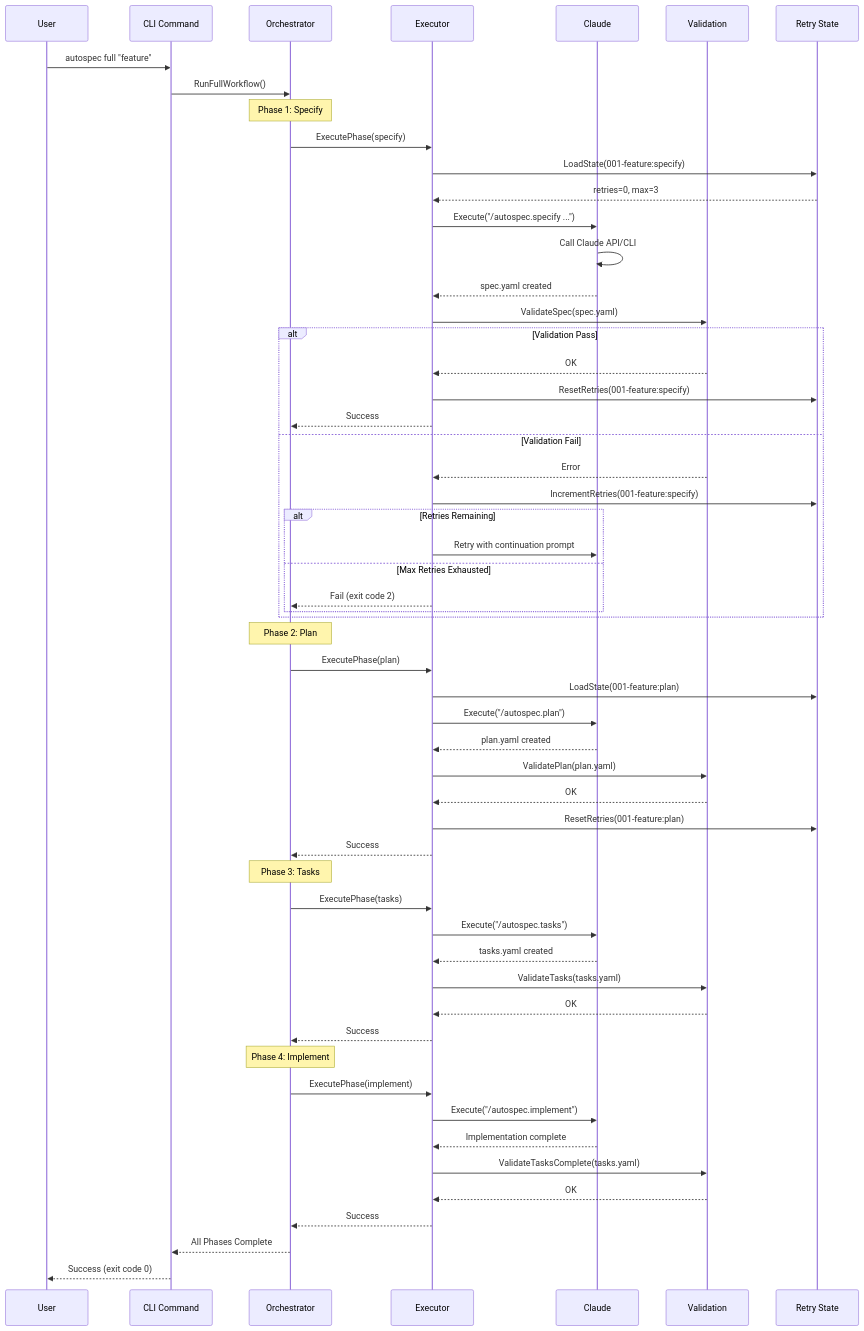
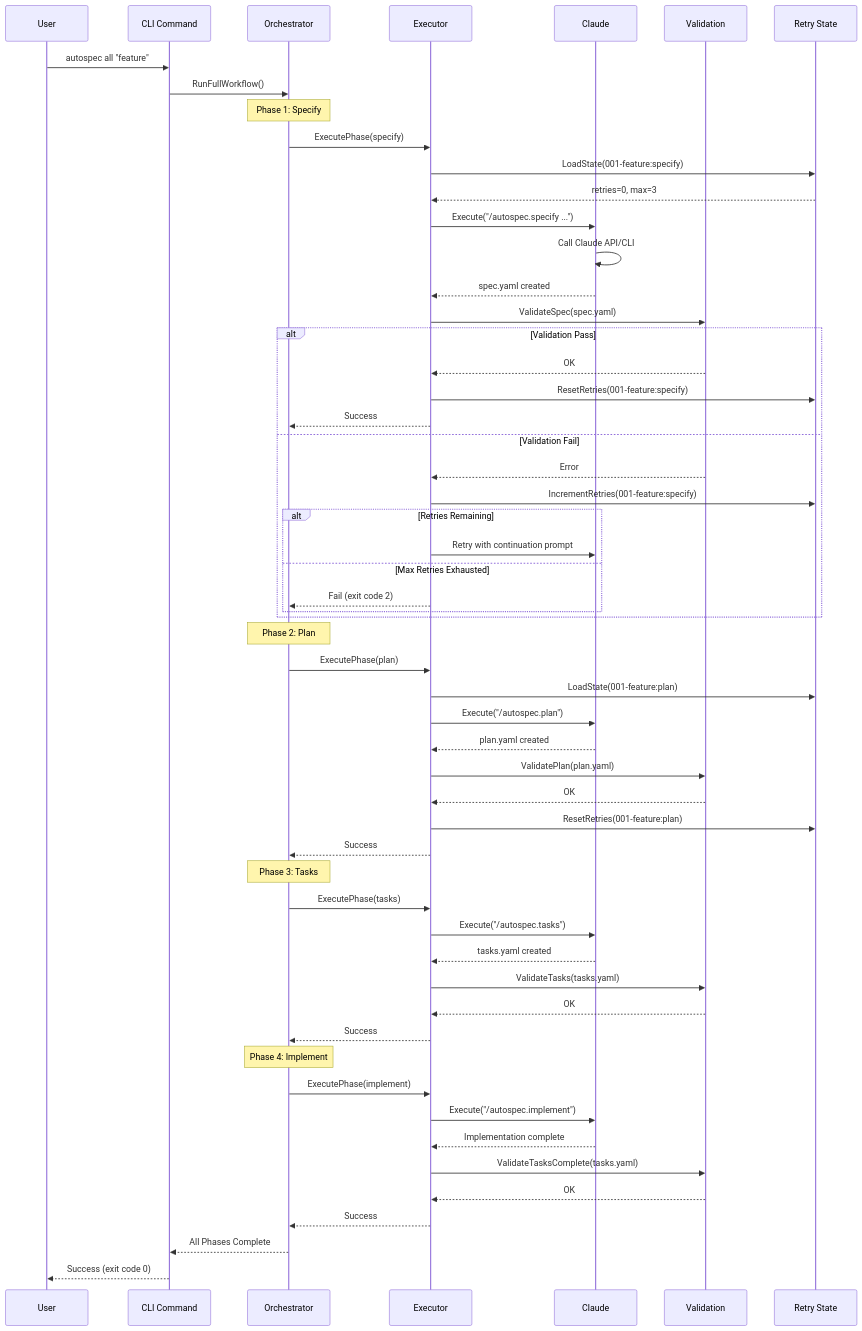
Before and after one commit to schoolboyqueue/autospec: the third of 4 diagrams in site/architecture/overview.md, drawn with Mermaid. The commit also changed 9 other files, not shown here.

````diff
--- a/site/architecture/overview.md
+++ b/site/architecture/overview.md
@@ -167,64 +167,64 @@
 ```mermaid
 sequenceDiagram
     participant U as User
     participant CLI as CLI Command
     participant O as Orchestrator
     participant E as Executor
     participant C as Claude
     participant V as Validation
     participant R as Retry State
 
-    U->>CLI: autospec full "feature"
+    U->>CLI: autospec all "feature"
     CLI->>O: RunFullWorkflow()
 
     Note over O: Phase 1: Specify
     O->>E: ExecutePhase(specify)
     E->>R: LoadState(001-feature:specify)
     R-->>E: retries=0, max=3
     E->>C: Execute("/autospec.specify ...")
     C->>C: Call Claude API/CLI
     C-->>E: spec.yaml created
     E->>V: ValidateSpec(spec.yaml)
     alt Validation Pass
         V-->>E: OK
         E->>R: ResetRetries(001-feature:specify)
         E-->>O: Success
     else Validation Fail
         V-->>E: Error
         E->>R: IncrementRetries(001-feature:specify)
         alt Retries Remaining
             E->>C: Retry with continuation prompt
         else Max Retries Exhausted
             E-->>O: Fail (exit code 2)
         end
     end
 
     Note over O: Phase 2: Plan
     O->>E: ExecutePhase(plan)
     E->>R: LoadState(001-feature:plan)
     E->>C: Execute("/autospec.plan")
     C-->>E: plan.yaml created
     E->>V: ValidatePlan(plan.yaml)
     V-->>E: OK
     E->>R: ResetRetries(001-feature:plan)
     E-->>O: Success
 
     Note over O: Phase 3: Tasks
     O->>E: ExecutePhase(tasks)
     E->>C: Execute("/autospec.tasks")
     C-->>E: tasks.yaml created
     E->>V: ValidateTasks(tasks.yaml)
     V-->>E: OK
     E-->>O: Success
 
     Note over O: Phase 4: Implement
     O->>E: ExecutePhase(implement)
     E->>C: Execute("/autospec.implement")
     C-->>E: Implementation complete
     E->>V: ValidateTasksComplete(tasks.yaml)
     V-->>E: OK
     E-->>O: Success
 
     O-->>CLI: All Phases Complete
     CLI-->>U: Success (exit code 0)
 ```
````
